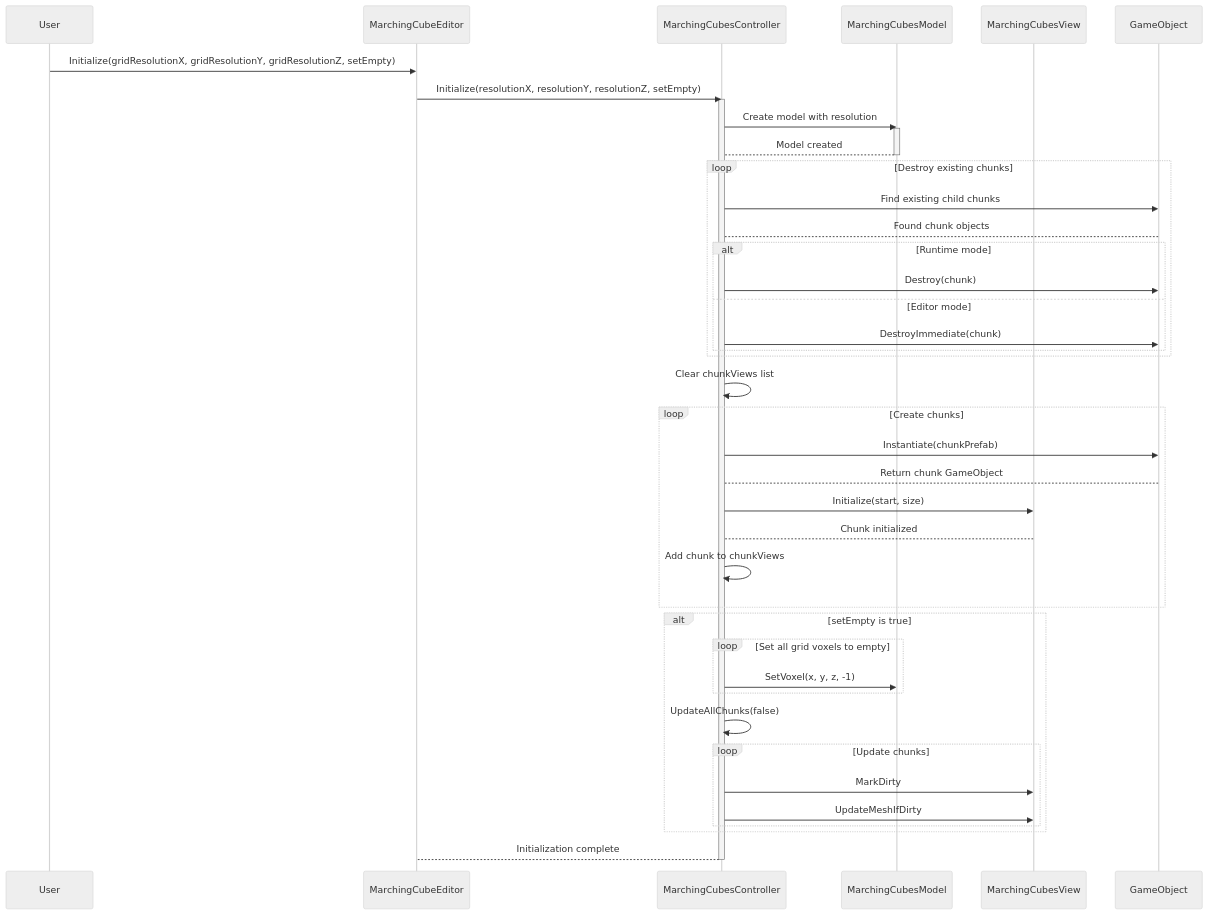
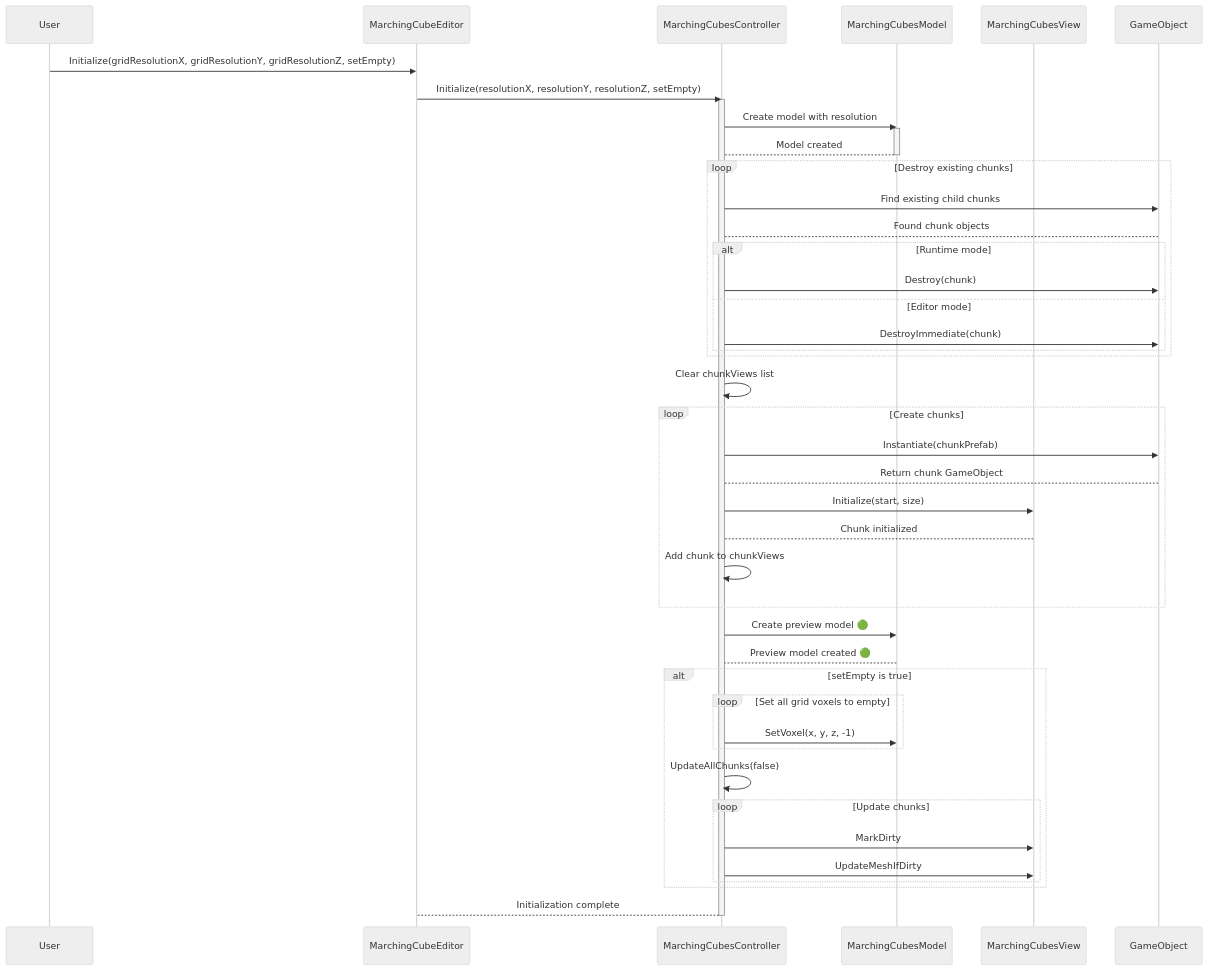
One commit to iffn/MarchingCubeEditorForUnity changed the first of 2 diagrams in Documentation/UML/SequenceDiagram/README.md. Above: the diagram before and after it, drawn with Mermaid (neutral theme). The commit also changed other lines of this file and 1 other file, not shown here.

Commit message:
Updated class and sequence diagram

````diff
--- a/Documentation/UML/SequenceDiagram/README.md
+++ b/Documentation/UML/SequenceDiagram/README.md
@@ -3,52 +3,55 @@
 ```mermaid
 sequenceDiagram
     participant User
     participant MarchingCubeEditor
     participant MarchingCubesController
     participant MarchingCubesModel
     participant MarchingCubesView
     participant GameObject
 
     User ->> MarchingCubeEditor: Initialize(gridResolutionX, gridResolutionY, gridResolutionZ, setEmpty)
     MarchingCubeEditor ->> MarchingCubesController: Initialize(resolutionX, resolutionY, resolutionZ, setEmpty)
     
     activate MarchingCubesController
     MarchingCubesController ->> MarchingCubesModel: Create model with resolution
     activate MarchingCubesModel
     MarchingCubesModel --> MarchingCubesController: Model created
     deactivate MarchingCubesModel
     
     loop Destroy existing chunks
         MarchingCubesController ->> GameObject: Find existing child chunks
         GameObject --> MarchingCubesController: Found chunk objects
         alt Runtime mode
             MarchingCubesController ->> GameObject: Destroy(chunk)
         else Editor mode
             MarchingCubesController ->> GameObject: DestroyImmediate(chunk)
         end
     end
 
     MarchingCubesController ->> MarchingCubesController: Clear chunkViews list
     
     loop Create chunks
         MarchingCubesController ->> GameObject: Instantiate(chunkPrefab)
         GameObject --> MarchingCubesController: Return chunk GameObject
         MarchingCubesController ->> MarchingCubesView: Initialize(start, size)
         MarchingCubesView --> MarchingCubesController: Chunk initialized
         MarchingCubesController ->> MarchingCubesController: Add chunk to chunkViews
     end
     
+    MarchingCubesController ->> MarchingCubesModel: Create preview model 🟢
+    MarchingCubesModel --> MarchingCubesController: Preview model created 🟢
+
     alt setEmpty is true
         loop Set all grid voxels to empty
             MarchingCubesController ->> MarchingCubesModel: SetVoxel(x, y, z, -1)
         end
         MarchingCubesController ->> MarchingCubesController: UpdateAllChunks(false)
         loop Update chunks
             MarchingCubesController ->> MarchingCubesView: MarkDirty
             MarchingCubesController ->> MarchingCubesView: UpdateMeshIfDirty
         end
     end
 
     MarchingCubesController --> MarchingCubeEditor: Initialization complete
     deactivate MarchingCubesController
 ```    
````
